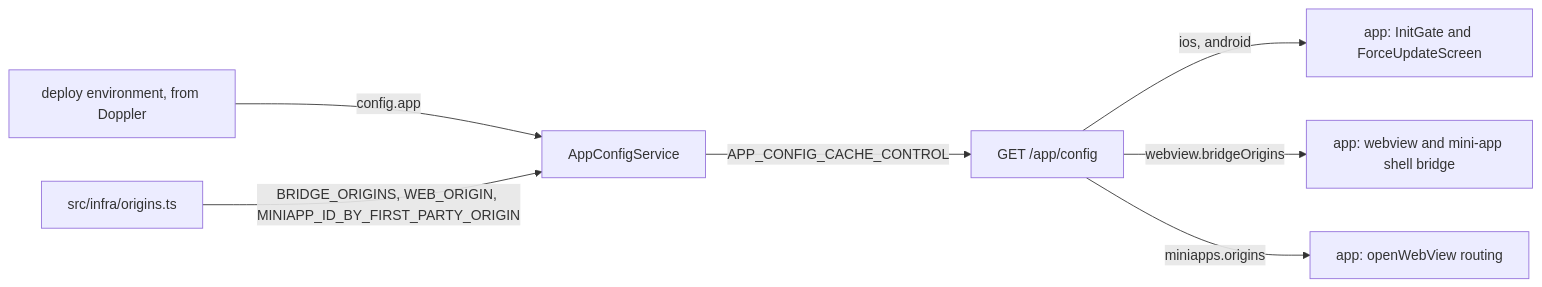
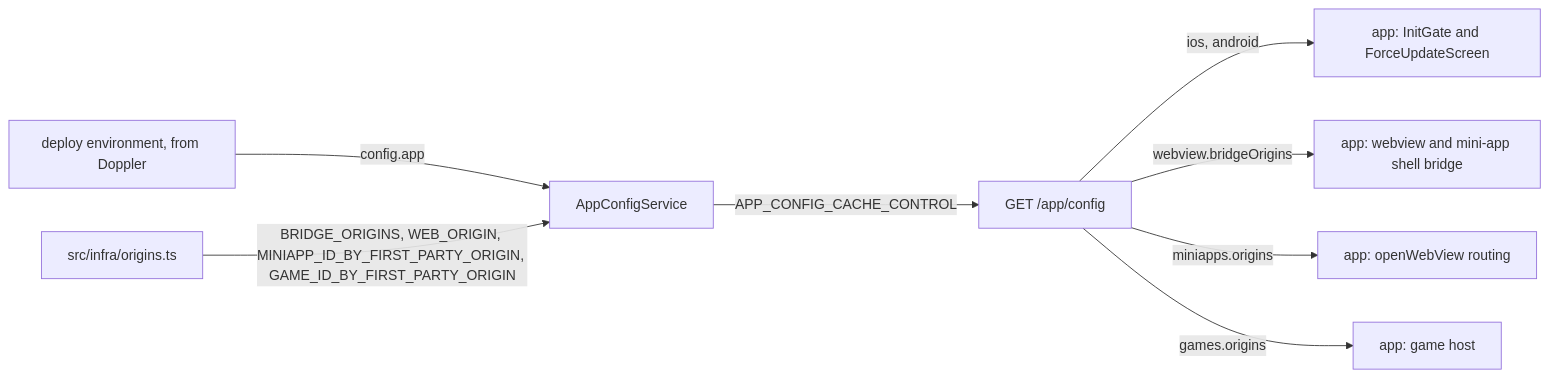
The diagram in docs/explanation/app-config-architecture.md (skkuverse/skkuverse-server), drawn with Mermaid before and after one commit. The commit also changed other lines of this file and 5 other files, not shown here.

Commit message:
feat(app-config): publish the first-party game origins as games.origins

````diff
--- a/docs/explanation/app-config-architecture.md
+++ b/docs/explanation/app-config-architecture.md
@@ -37,9 +39,10 @@
 ```mermaid
 flowchart LR
   env["deploy environment, from Doppler"] -->|config.app| svc["AppConfigService"]
-  origins["src/infra/origins.ts"] -->|BRIDGE_ORIGINS, WEB_ORIGIN, MINIAPP_ID_BY_FIRST_PARTY_ORIGIN| svc
+  origins["src/infra/origins.ts"] -->|BRIDGE_ORIGINS, WEB_ORIGIN, MINIAPP_ID_BY_FIRST_PARTY_ORIGIN, GAME_ID_BY_FIRST_PARTY_ORIGIN| svc
   svc -->|APP_CONFIG_CACHE_CONTROL| route["GET /app/config"]
   route -->|ios, android| gate["app: InitGate and ForceUpdateScreen"]
   route -->|webview.bridgeOrigins| bridge["app: webview and mini-app shell bridge"]
   route -->|miniapps.origins| open["app: openWebView routing"]
+  route -->|games.origins| games["app: game host"]
 ```
````
